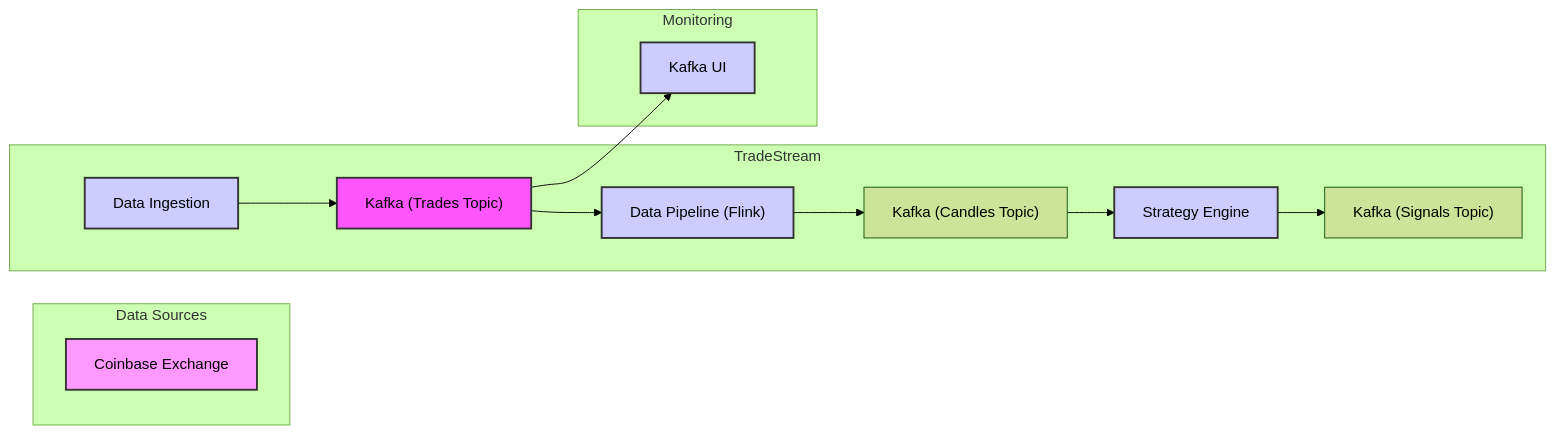
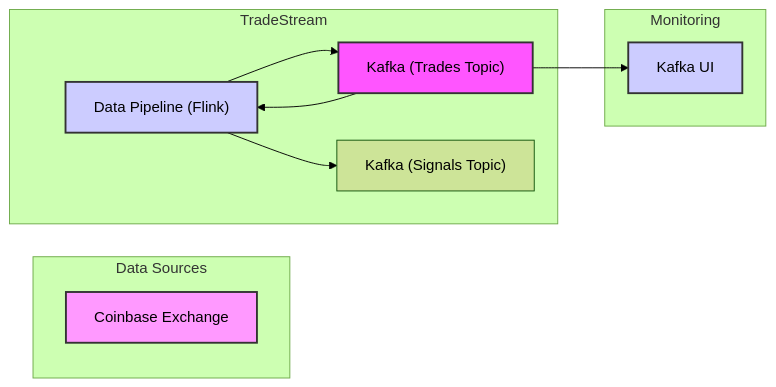
One commit to tradestreamhq/tradestream changed the diagram in README.md. Above: the diagram before and after it, drawn with Mermaid (forest theme). The commit also changed other lines of this file and 1 other file, not shown here.

````diff
--- a/README.md
+++ b/README.md
@@ -19,25 +17,21 @@
 ```mermaid
 graph LR
     subgraph Data Sources
         Exchange[Coinbase Exchange]
         style Exchange fill:#f9f,stroke:#333,stroke-width:2px
     end
 
     subgraph TradeStream
-        DataIngestion[Data Ingestion] --> Kafka["Kafka (Trades Topic)"]
-        Kafka --> DataPipeline["Data Pipeline (Flink)"]
-        DataPipeline --> Kafka2["Kafka (Candles Topic)"]
-        Kafka2 --> StrategyEngine[Strategy Engine]
-        StrategyEngine --> Kafka3["Kafka (Signals Topic)"]
+        DataPipeline["Data Pipeline (Flink)"] --> Kafka["Kafka (Trades Topic)"]
+        Kafka --> DataPipeline
+        DataPipeline --> Kafka3["Kafka (Signals Topic)"]
     end
 
     subgraph Monitoring
       Kafka --> KafkaUI[Kafka UI]
     end
 
-    style DataIngestion fill:#ccf,stroke:#333,stroke-width:2px
     style DataPipeline fill:#ccf,stroke:#333,stroke-width:2px
     style Kafka fill:#f5f,stroke:#333,stroke-width:2px
-    style StrategyEngine fill:#ccf,stroke:#333,stroke-width:2px
     style KafkaUI fill:#ccf,stroke:#333,stroke-width:2px
 ```
````
